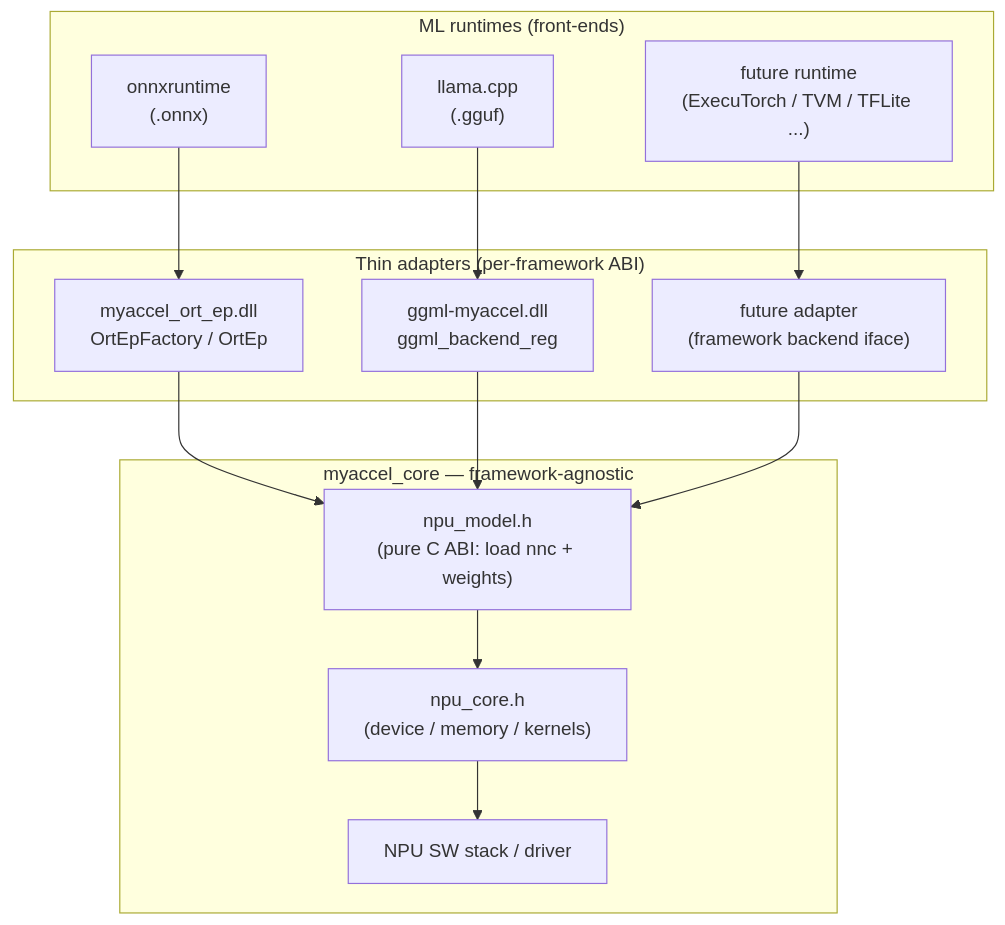
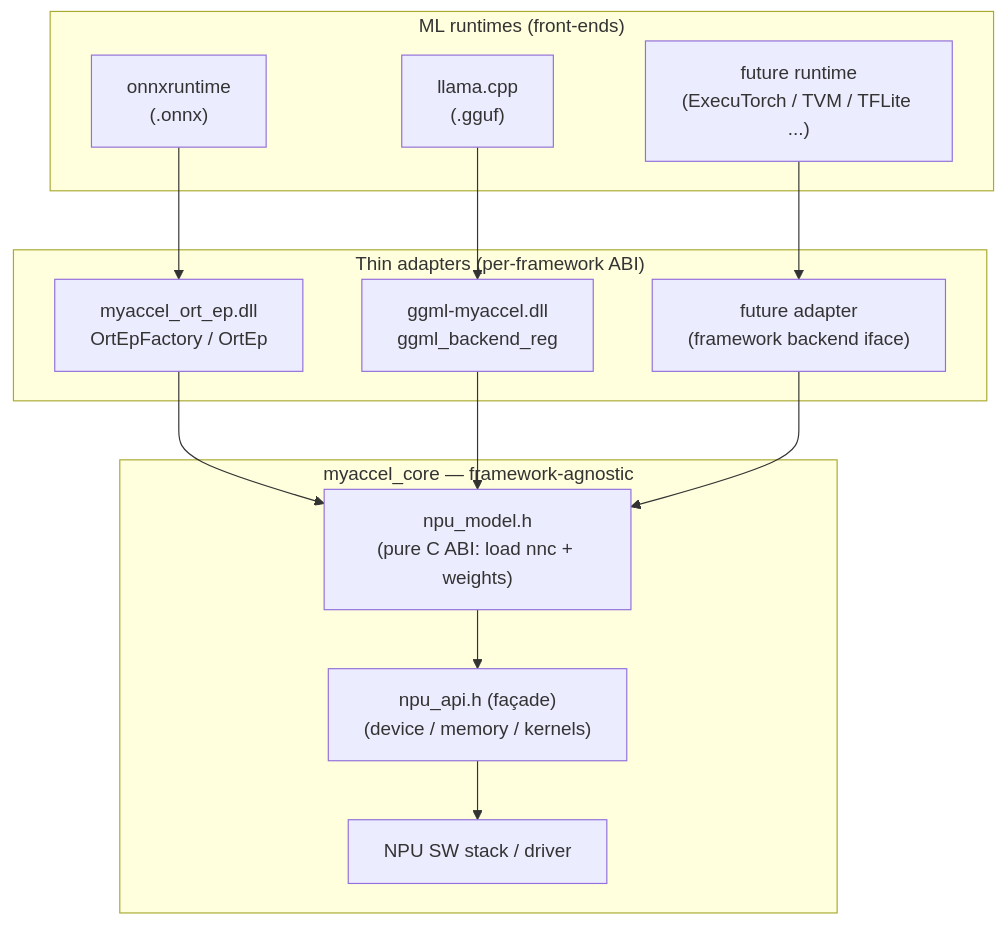
The first of 6 diagrams in shared_backend/docs/design.md (froginaz/onnxruntime), drawn with Mermaid before and after one commit. The commit also changed other lines of this file and 15 other files, not shown here.

First line of the commit message:
Add myaccel::npu public façade; adapters reach NPU only through it

````diff
--- a/shared_backend/docs/design.md
+++ b/shared_backend/docs/design.md
@@ -20,25 +20,25 @@
 ```mermaid
 flowchart TB
     subgraph Frameworks["ML runtimes (front-ends)"]
         ORT["onnxruntime<br/>(.onnx)"]
         LLAMA["llama.cpp<br/>(.gguf)"]
         FUTURE["future runtime<br/>(ExecuTorch / TVM / TFLite ...)"]
     end
 
     subgraph Adapters["Thin adapters (per-framework ABI)"]
         EP["myaccel_ort_ep.dll<br/>OrtEpFactory / OrtEp"]
         GG["ggml-myaccel.dll<br/>ggml_backend_reg"]
         FA["future adapter<br/>(framework backend iface)"]
     end
 
     subgraph Core["myaccel_core — framework-agnostic"]
         NPUMODEL["npu_model.h<br/>(pure C ABI: load nnc + weights)"]
-        NPUCORE["npu_core.h<br/>(device / memory / kernels)"]
+        NPUCORE["npu_api.h (façade)<br/>(device / memory / kernels)"]
         SDK["NPU SW stack / driver"]
     end
 
     ORT --> EP --> NPUMODEL
     LLAMA --> GG --> NPUMODEL
     FUTURE --> FA --> NPUMODEL
     NPUMODEL --> NPUCORE --> SDK
 ```
````
